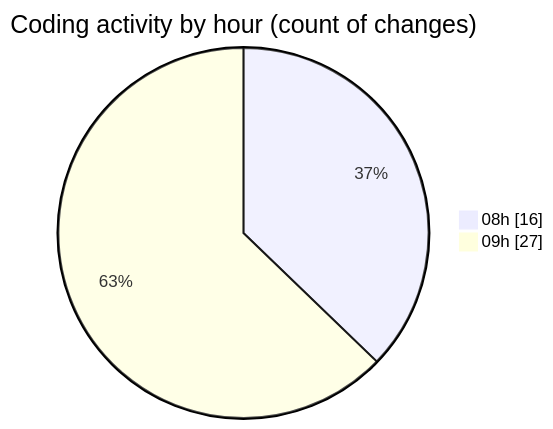
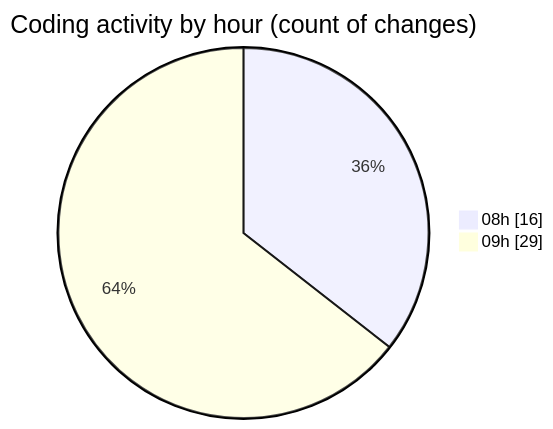
The second of 2 diagrams in 2025-03-12/cda/README.md (momahboobian/code-tracking), drawn with Mermaid before and after one commit. The commit also changed other lines of this file and 1 other file, not shown here.

````diff
--- a/2025-03-12/cda/README.md
+++ b/2025-03-12/cda/README.md
@@ -34,6 +34,6 @@
 ```mermaid
 pie showData
 title Coding activity by hour (count of changes)
 "08h" : 16
-"09h" : 27
+"09h" : 29
 ```
````
